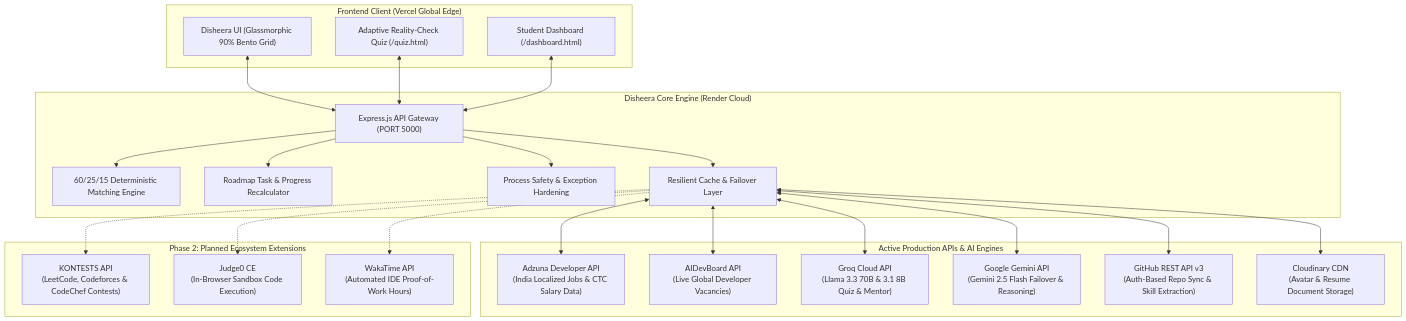
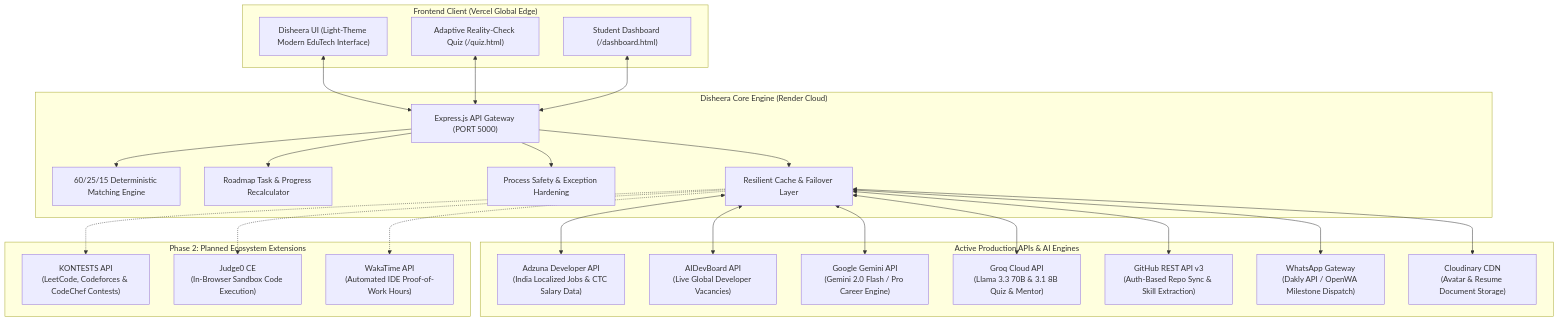
Before and after one commit to parthpatil1234p-svg/disheera: the diagram in docs/API-ECOSYSTEM.md, drawn with Mermaid. The commit also changed other lines of this file and 27 other files, not shown here.

````diff
--- a/docs/API-ECOSYSTEM.md
+++ b/docs/API-ECOSYSTEM.md
@@ -15,51 +13,53 @@
 ```mermaid
 flowchart TD
     subgraph Client ["Frontend Client (Vercel Global Edge)"]
-        UI["Disheera UI (Glassmorphic 90% Bento Grid)"]
+        UI["Disheera UI (Light-Theme Modern EduTech Interface)"]
         QuizUI["Adaptive Reality-Check Quiz (/quiz.html)"]
         DashUI["Student Dashboard (/dashboard.html)"]
     end
 
     subgraph Backend ["Disheera Core Engine (Render Cloud)"]
         API_GW["Express.js API Gateway (PORT 5000)"]
         Scoring["60/25/15 Deterministic Matching Engine"]
         TaskTracker["Roadmap Task & Progress Recalculator"]
         ProcessSafety["Process Safety & Exception Hardening"]
         Failover["Resilient Cache & Failover Layer"]
     end
 
     subgraph LiveAPIs ["Active Production APIs & AI Engines"]
         Adzuna["Adzuna Developer API\n(India Localized Jobs & CTC Salary Data)"]
         AIDev["AIDevBoard API\n(Live Global Developer Vacancies)"]
+        GeminiAI["Google Gemini API\n(Gemini 2.0 Flash / Pro Career Engine)"]
         GroqAI["Groq Cloud API\n(Llama 3.3 70B & 3.1 8B Quiz & Mentor)"]
-        GeminiAI["Google Gemini API\n(Gemini 2.5 Flash Failover & Reasoning)"]
         GitHubAPI["GitHub REST API v3\n(Auth-Based Repo Sync & Skill Extraction)"]
+        WhatsAppAPI["WhatsApp Gateway\n(Dakly API / OpenWA Milestone Dispatch)"]
         CloudinaryAPI["Cloudinary CDN\n(Avatar & Resume Document Storage)"]
     end
 
     subgraph Phase2APIs ["Phase 2: Planned Ecosystem Extensions"]
         Kontests["KONTESTS API\n(LeetCode, Codeforces & CodeChef Contests)"]
         Judge0["Judge0 CE\n(In-Browser Sandbox Code Execution)"]
         WakaTime["WakaTime API\n(Automated IDE Proof-of-Work Hours)"]
     end
 
     UI <--> API_GW
     QuizUI <--> API_GW
     DashUI <--> API_GW
 
     API_GW --> Scoring
     API_GW --> TaskTracker
     API_GW --> ProcessSafety
     API_GW --> Failover
 
     Failover <--> Adzuna
     Failover <--> AIDev
+    Failover <--> GeminiAI
     Failover <--> GroqAI
-    Failover <--> GeminiAI
     Failover <--> GitHubAPI
+    Failover <--> WhatsAppAPI
     Failover <--> CloudinaryAPI
 
     Failover -.-> Kontests
     Failover -.-> Judge0
     Failover -.-> WakaTime
 ```
````
